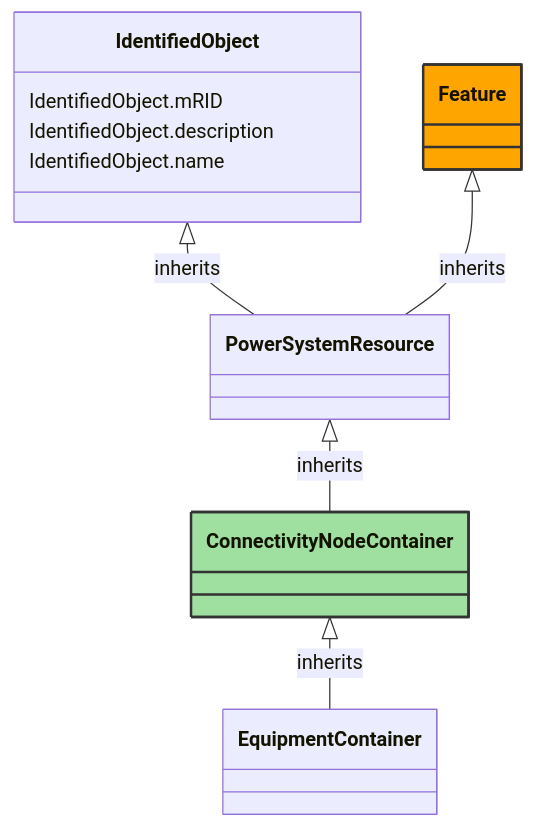
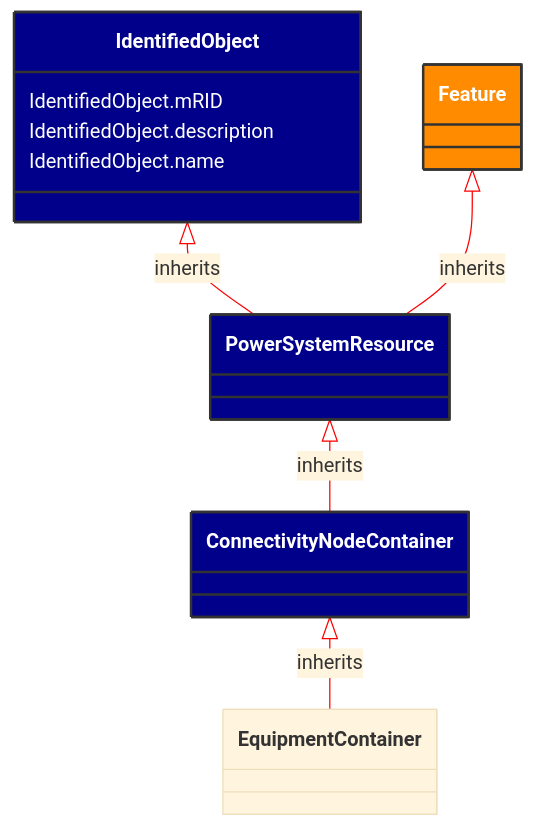
The diagram in docs/Models/Profiles/WattApp/AbstractClasses/ConnectivityNodeContainer.md (3lbits/NoCIMExtensions), drawn with Mermaid before and after one commit. The commit also changed 16 other files, not shown here.

Commit message:
Fixed mermaid colors and footer issue

````diff
--- a/docs/Models/Profiles/WattApp/AbstractClasses/ConnectivityNodeContainer.md
+++ b/docs/Models/Profiles/WattApp/AbstractClasses/ConnectivityNodeContainer.md
@@ -10,32 +10,33 @@
 ```mermaid
+%%{init: {'theme':'base','themeVariables': {'lineColor': '#FF0000'}}}%%
 classDiagram
     class ConnectivityNodeContainer
     click ConnectivityNodeContainer href "/Models/Profiles/WattApp/AbstractClasses/ConnectivityNodeContainer/"
-    style ConnectivityNodeContainer fill:#9fdf9f,stroke:#333,stroke-width:2px,rx:10,ry:10
+    style ConnectivityNodeContainer fill:#006400,stroke:#333,stroke-width:2px,rx:10,ry:10,color:white
 
         ConnectivityNodeContainer <|-- EquipmentContainer : inherits
             click ConnectivityNodeContainer href "/Models/Profiles/WattApp/AbstractClasses/ConnectivityNodeContainer/"
-            style ConnectivityNodeContainer rx:10,ry:10
+            style ConnectivityNodeContainer fill:#00008B,stroke:#333,stroke-width:2px,rx:10,ry:10,color:white
 
         EquipmentContainer
             click EquipmentContainer href "/Models/Profiles/WattApp/AbstractClasses/EquipmentContainer/"
-            style EquipmentContainer rx:10,ry:10
+            style ConnectivityNodeContainer fill:#00008B,stroke:#333,stroke-width:2px,rx:10,ry:10,color:white
 
         PowerSystemResource <|-- ConnectivityNodeContainer : inherits
             click PowerSystemResource href "/Models/Profiles/WattApp/AbstractClasses/PowerSystemResource/"
-            style PowerSystemResource rx:10,ry:10
+            style PowerSystemResource fill:#00008B,stroke:#333,stroke-width:2px,rx:10,ry:10,color:white
 
         IdentifiedObject <|-- PowerSystemResource : inherits
             click IdentifiedObject href "/Models/Profiles/WattApp/AbstractClasses/IdentifiedObject/"
-            style IdentifiedObject rx:10,ry:10
+            style IdentifiedObject fill:#00008B,stroke:#333,stroke-width:2px,rx:10,ry:10,color:white
 
         Feature <|-- PowerSystemResource : inherits
             click Feature href "/Models/Profiles/WattApp/ConcreteClasses/Feature/"
-            style Feature fill:#FFA500,stroke:#333,stroke-width:2px,rx:10,ry:10
+            style Feature fill:#FF8C00,stroke:#333,stroke-width:2px,rx:10,ry:10,color:white
 
 
 
         IdentifiedObject : IdentifiedObject.mRID
         IdentifiedObject : IdentifiedObject.description
         IdentifiedObject : IdentifiedObject.name
 ```
````
